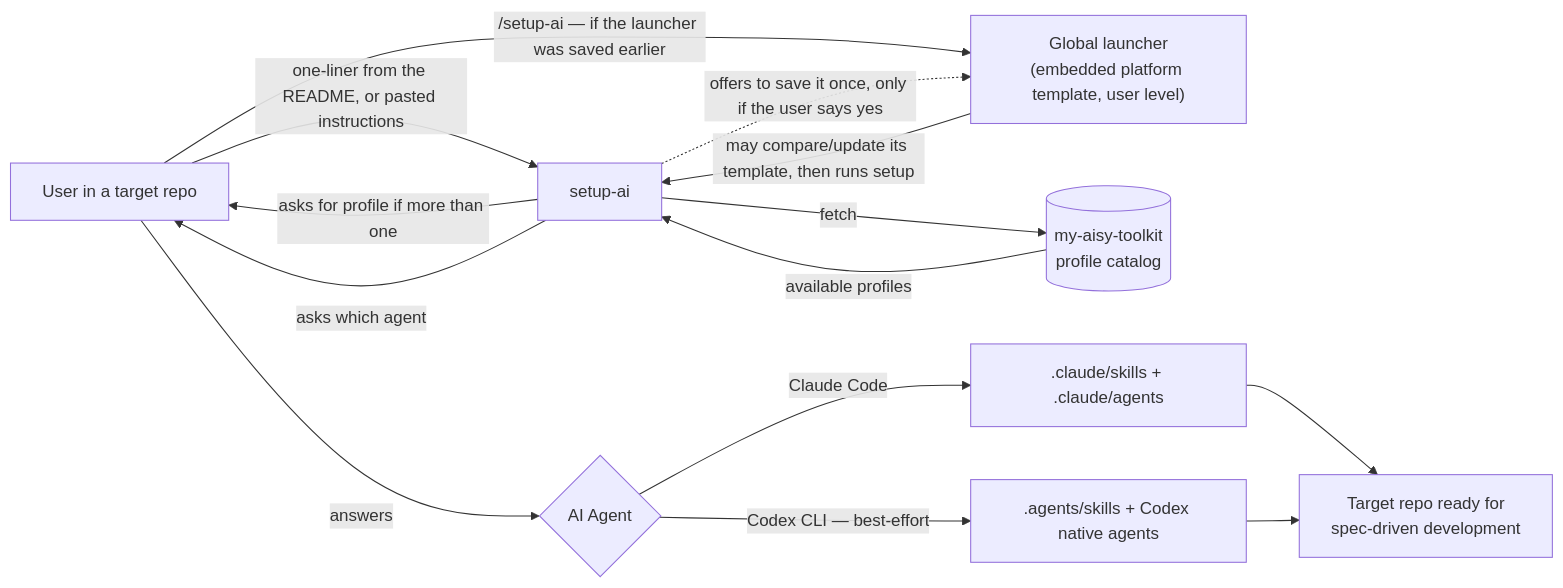
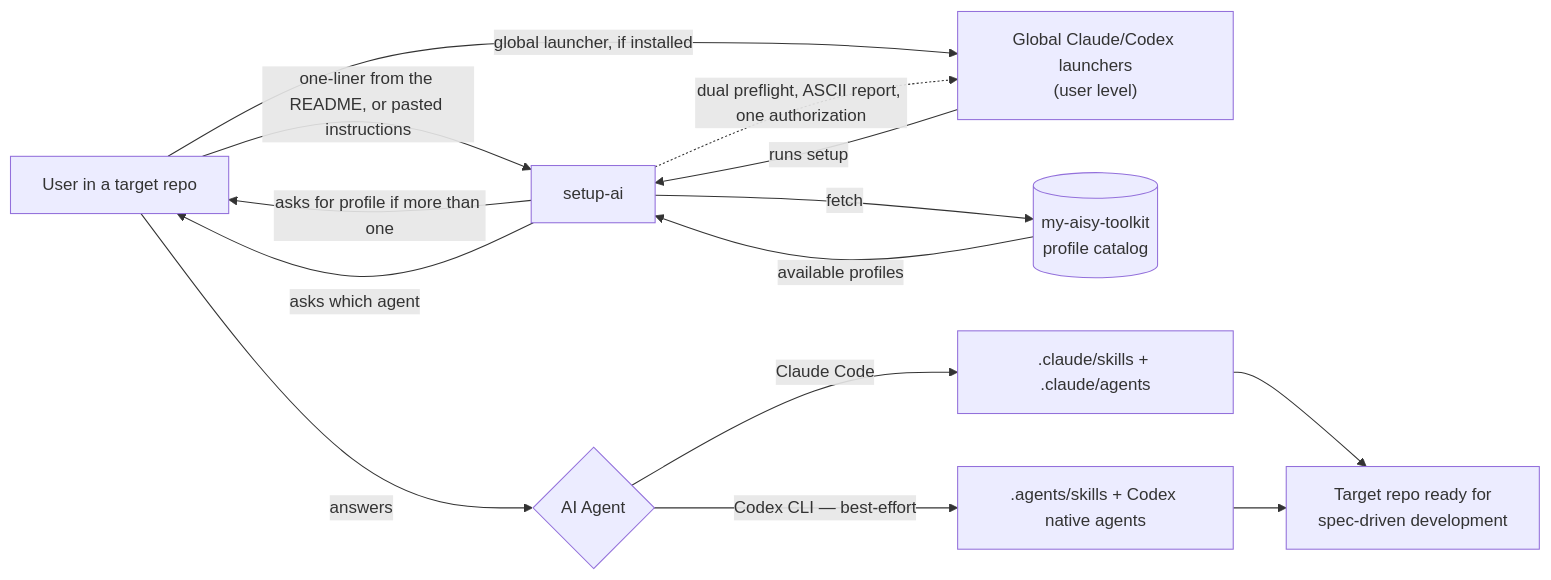
One commit to charlstown/my-aisy-toolkit changed the diagram in specs/product-spec.md. Above: the diagram before and after it, drawn with Mermaid. The commit also changed other lines of this file and 5 other files, not shown here.

Commit message:
chore: clean setup-ai global launcher specs

````diff
--- a/specs/product-spec.md
+++ b/specs/product-spec.md
@@ -43,16 +43,16 @@
 ```mermaid
 flowchart LR
     U[User in a target repo] -->|"one-liner from the README, or pasted instructions"| S[setup-ai]
-    U -->|"/setup-ai — if the launcher was saved earlier"| L["Global launcher<br/>(embedded platform template, user level)"]
-    L -->|"may compare/update its template, then runs setup"| S
-    S -.->|"offers to save it once, only if the user says yes"| L
+    U -->|"global launcher, if installed"| L["Global Claude/Codex launchers<br/>(user level)"]
+    L -->|"runs setup"| S
+    S -.->|"dual preflight, ASCII report, one authorization"| L
     S -->|fetch| CAT[(my-aisy-toolkit<br/>profile catalog)]
     CAT -->|available profiles| S
     S -->|asks for profile if more than one| U
     S -->|asks which agent| U
     U -->|answers| AG{AI Agent}
     AG -->|Claude Code| CC[".claude/skills + .claude/agents"]
     AG -->|Codex CLI — best-effort| CX[".agents/skills + Codex native agents"]
     CC --> D[Target repo ready for<br/>spec-driven development]
     CX --> D
 ```
````
